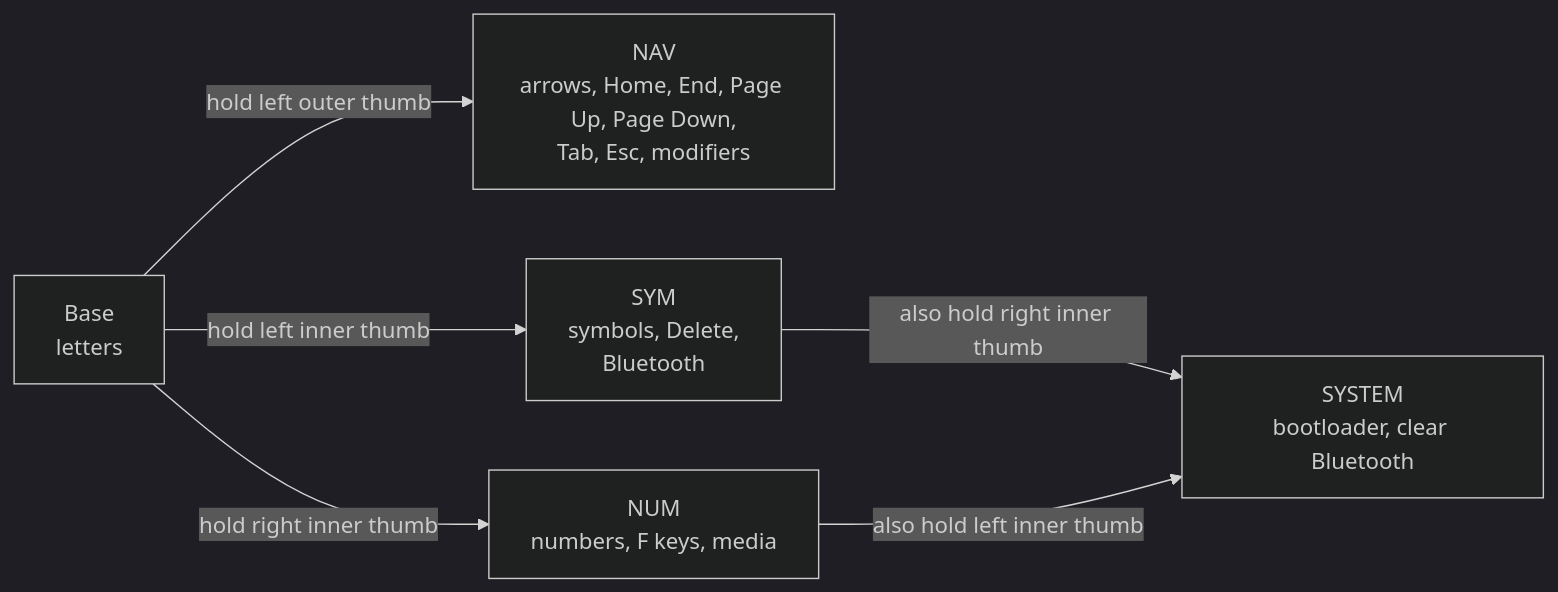
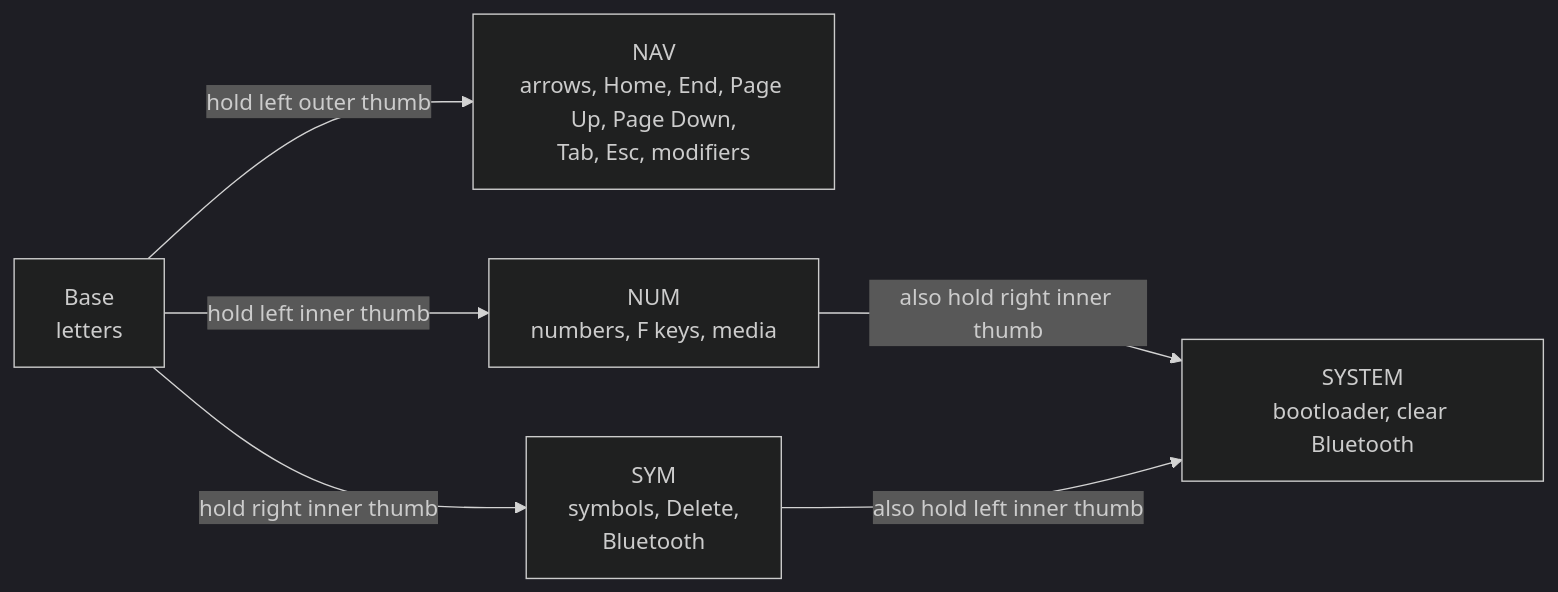
Before and after one commit to kylephillipsau/zmk-config-temper: the first of 2 diagrams in README.md, drawn with Mermaid (dark theme). The commit also changed other lines of this file and 13 other files, not shown here.

First line of the commit message:
Hold the left Space thumb for NUM and the right one for SYM

````diff
--- a/README.md
+++ b/README.md
@@ -28,13 +28,13 @@
 ```mermaid
 flowchart LR
     base["Base<br/>letters"]
     nav["NAV<br/>arrows, Home, End, Page Up, Page Down,<br/>Tab, Esc, modifiers"]
     sym["SYM<br/>symbols, Delete,<br/>Bluetooth"]
     num["NUM<br/>numbers, F keys, media"]
     system["SYSTEM<br/>bootloader, clear Bluetooth"]
     base -- "hold left outer thumb" --> nav
-    base -- "hold left inner thumb" --> sym
-    base -- "hold right inner thumb" --> num
-    sym -- "also hold right inner thumb" --> system
-    num -- "also hold left inner thumb" --> system
+    base -- "hold left inner thumb" --> num
+    base -- "hold right inner thumb" --> sym
+    num -- "also hold right inner thumb" --> system
+    sym -- "also hold left inner thumb" --> system
 ```
````
